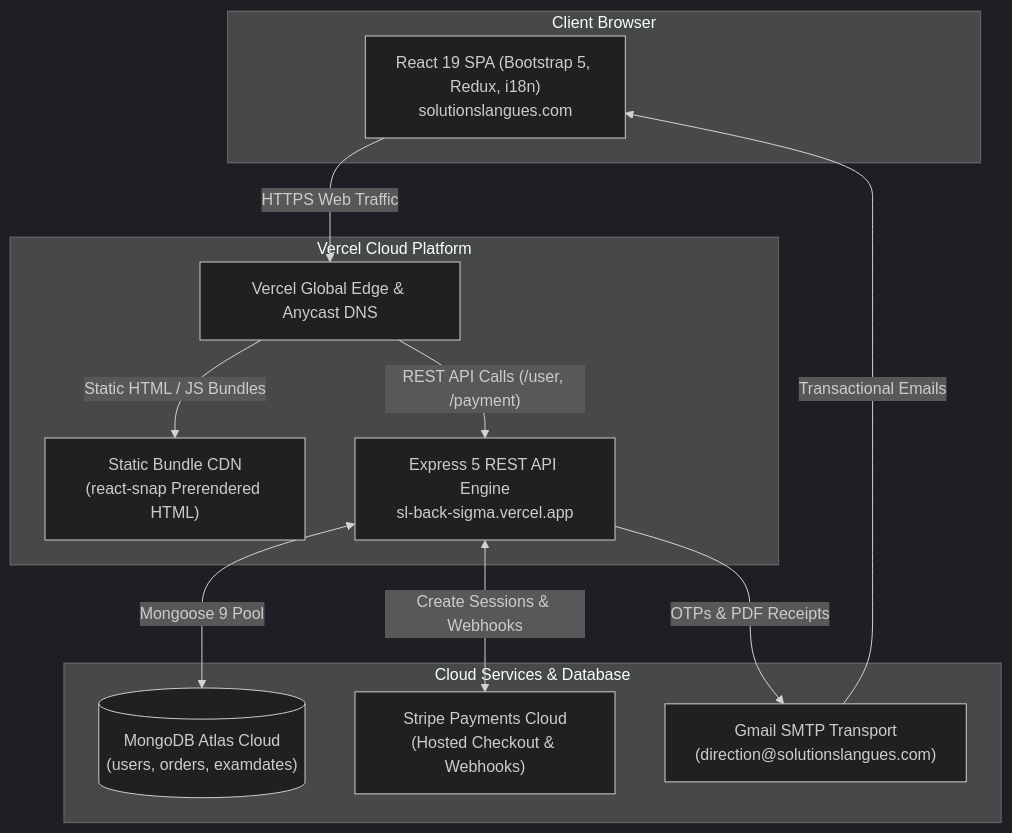
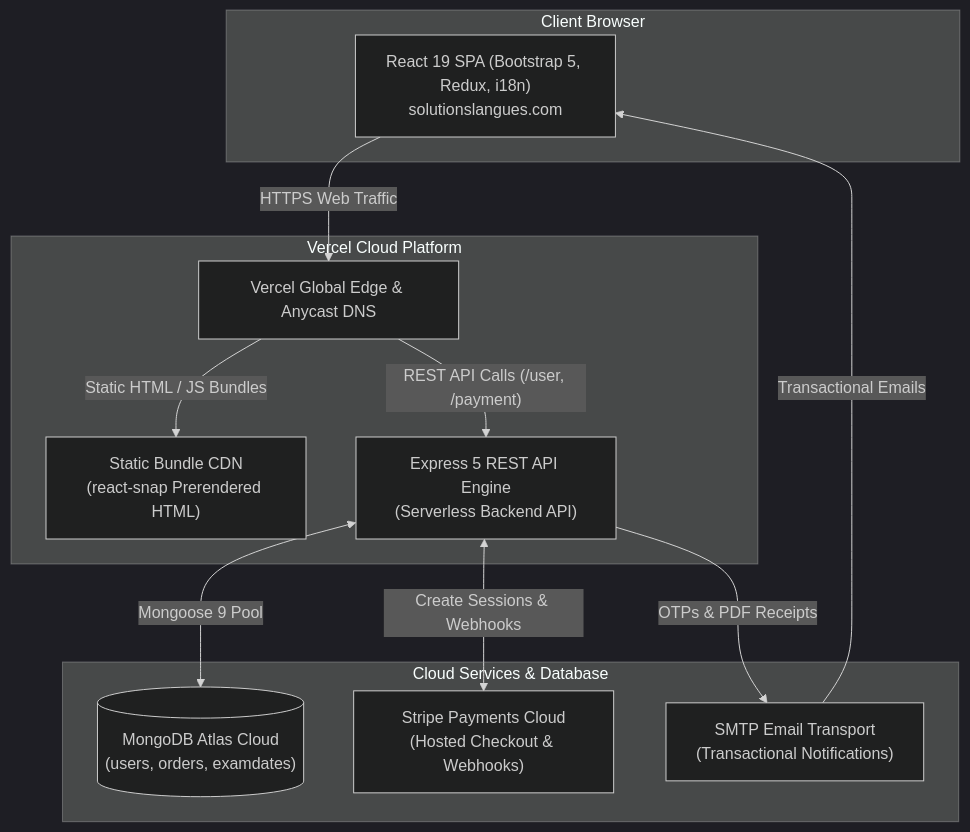
The diagram in README.md (AmiraZidi/Solutions-Langues-Quebec), drawn with Mermaid (dark theme) before and after one commit. The commit also changed other lines of this file, not shown here.

````diff
--- a/README.md
+++ b/README.md
@@ -54,27 +54,27 @@
 ```mermaid
 flowchart TB
     subgraph Browser["Client Browser"]
         Client["React 19 SPA (Bootstrap 5, Redux, i18n)\nsolutionslangues.com"]
     end
 
     subgraph Vercel["Vercel Cloud Platform"]
         Edge["Vercel Global Edge & Anycast DNS"]
         StaticCDN["Static Bundle CDN\n(react-snap Prerendered HTML)"]
-        ServerlessAPI["Express 5 REST API Engine\nsl-back-sigma.vercel.app"]
+        ServerlessAPI["Express 5 REST API Engine\n(Serverless Backend API)"]
     end
 
     subgraph Integrations["Cloud Services & Database"]
         DB[("MongoDB Atlas Cloud\n(users, orders, examdates)")]
         Stripe["Stripe Payments Cloud\n(Hosted Checkout & Webhooks)"]
-        SMTP["Gmail SMTP Transport\n(direction@solutionslangues.com)"]
+        SMTP["SMTP Email Transport\n(Transactional Notifications)"]
     end
 
     Client -->|"HTTPS Web Traffic"| Edge
     Edge -->|"Static HTML / JS Bundles"| StaticCDN
     Edge -->|"REST API Calls (/user, /payment)"| ServerlessAPI
     
     ServerlessAPI <-->|"Mongoose 9 Pool"| DB
     ServerlessAPI <-->|"Create Sessions & Webhooks"| Stripe
     ServerlessAPI -->|"OTPs & PDF Receipts"| SMTP
     SMTP -->|"Transactional Emails"| Client
 ```
````
